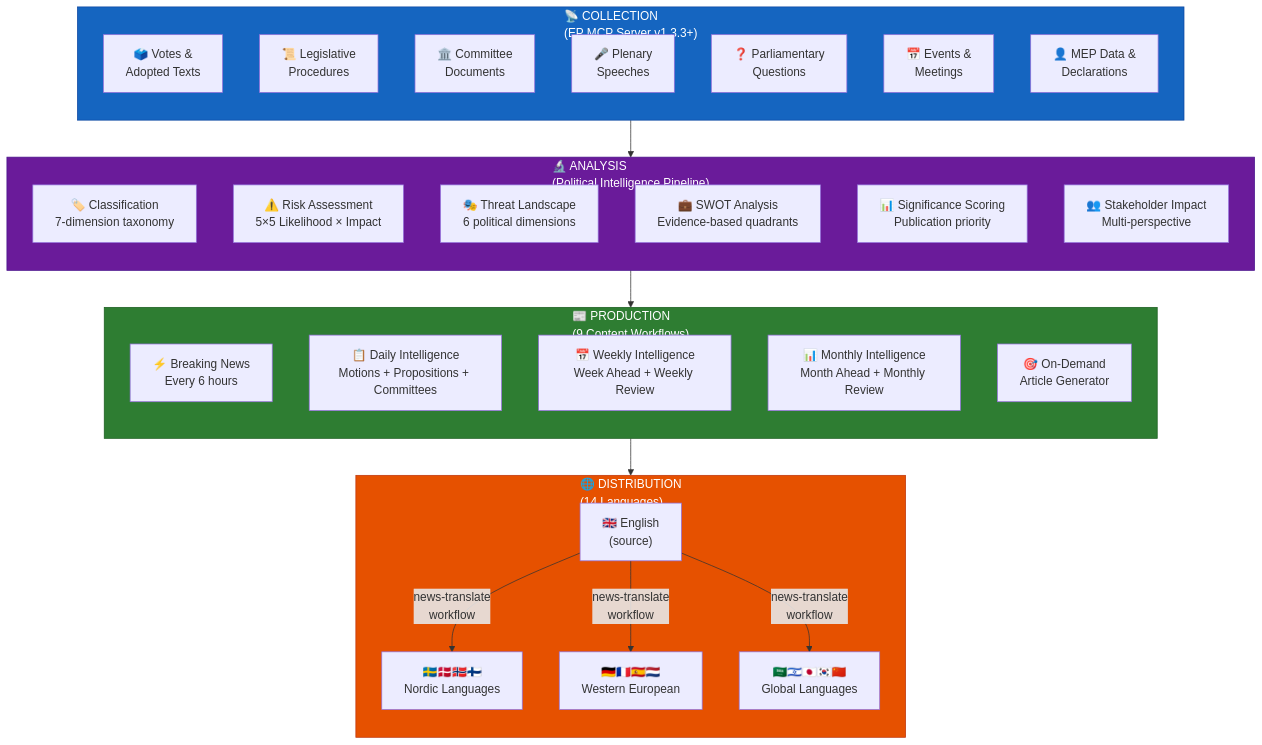
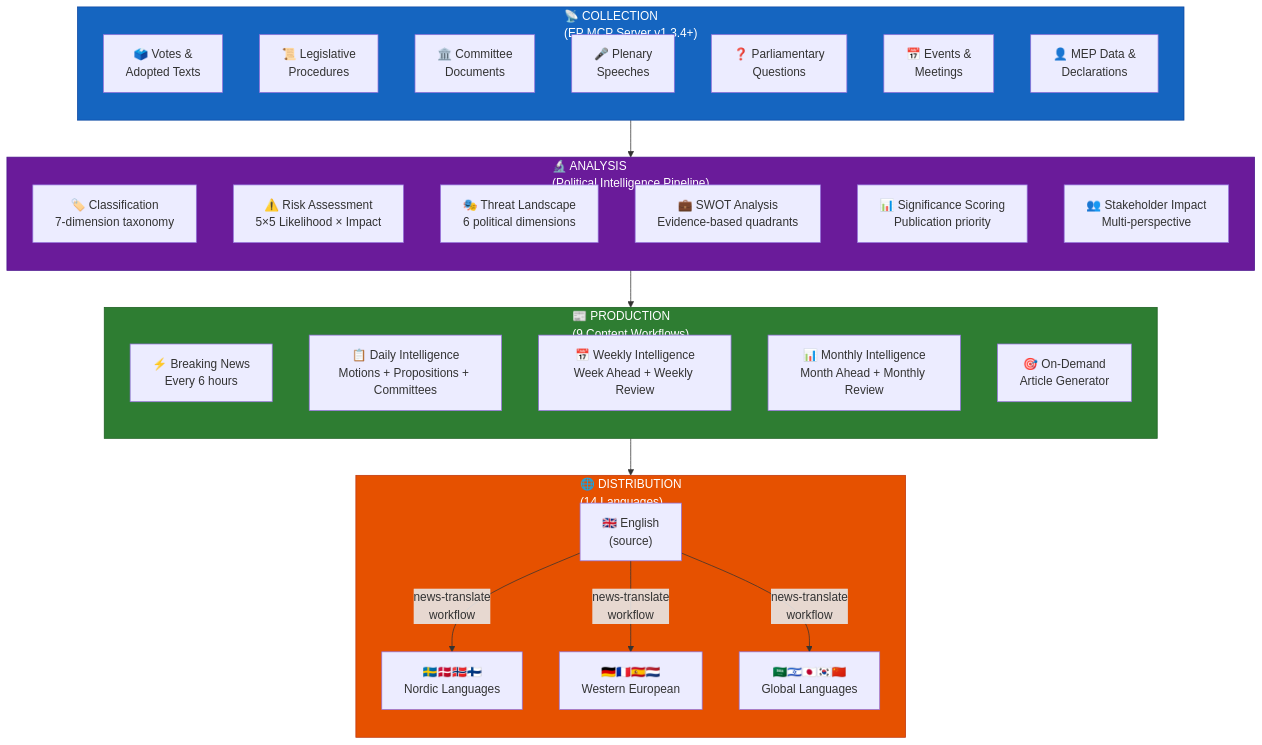
Diagram 19 of 22 in WORKFLOWS.md (Hack23/euparliamentmonitor), drawn with Mermaid before and after one commit. The commit also changed other lines of this file and 42 other files, not shown here.

First line of the commit message:
chore: bump european-parliament-mcp-server to 1.3.4 across all workflows, config, MCP clients and docs

````diff
--- a/WORKFLOWS.md
+++ b/WORKFLOWS.md
@@ -2032,48 +2032,48 @@
 ```mermaid
 flowchart TD
-    subgraph Collection["📡 COLLECTION<br/>(EP MCP Server v1.3.3+)"]
+    subgraph Collection["📡 COLLECTION<br/>(EP MCP Server v1.3.4+)"]
         direction TB
         C1["🗳️ Votes &<br/>Adopted Texts"]
         C2["📜 Legislative<br/>Procedures"]
         C3["🏛️ Committee<br/>Documents"]
         C4["🎤 Plenary<br/>Speeches"]
         C5["❓ Parliamentary<br/>Questions"]
         C6["📅 Events &<br/>Meetings"]
         C7["👤 MEP Data &<br/>Declarations"]
     end
 
     subgraph Analysis["🔬 ANALYSIS<br/>(Political Intelligence Pipeline)"]
         direction TB
         A1["🏷️ Classification<br/>7-dimension taxonomy"]
         A2["⚠️ Risk Assessment<br/>5×5 Likelihood × Impact"]
         A3["🎭 Threat Landscape<br/>6 political dimensions"]
         A4["💼 SWOT Analysis<br/>Evidence-based quadrants"]
         A5["📊 Significance Scoring<br/>Publication priority"]
         A6["👥 Stakeholder Impact<br/>Multi-perspective"]
     end
 
     subgraph Production["📰 PRODUCTION<br/>(9 Content Workflows)"]
         direction TB
         P1["⚡ Breaking News<br/>Every 6 hours"]
         P2["📋 Daily Intelligence<br/>Motions + Propositions + Committees"]
         P3["📅 Weekly Intelligence<br/>Week Ahead + Weekly Review"]
         P4["📊 Monthly Intelligence<br/>Month Ahead + Monthly Review"]
         P5["🎯 On-Demand<br/>Article Generator"]
     end
 
     subgraph Distribution["🌐 DISTRIBUTION<br/>(14 Languages)"]
         direction TB
         D1["🇬🇧 English<br/>(source)"]
         D2["🇸🇪🇩🇰🇳🇴🇫🇮<br/>Nordic Languages"]
         D3["🇩🇪🇫🇷🇪🇸🇳🇱<br/>Western European"]
         D4["🇸🇦🇮🇱🇯🇵🇰🇷🇨🇳<br/>Global Languages"]
     end
 
     Collection --> Analysis --> Production --> D1
     D1 --> |"news-translate<br/>workflow"| D2 & D3 & D4
 
     style Collection fill:#1565C0,stroke:#0D47A1,color:#FFFFFF
     style Analysis fill:#6A1B9A,stroke:#4A148C,color:#FFFFFF
     style Production fill:#2E7D32,stroke:#1B5E20,color:#FFFFFF
     style Distribution fill:#E65100,stroke:#BF360C,color:#FFFFFF
 ```
````
